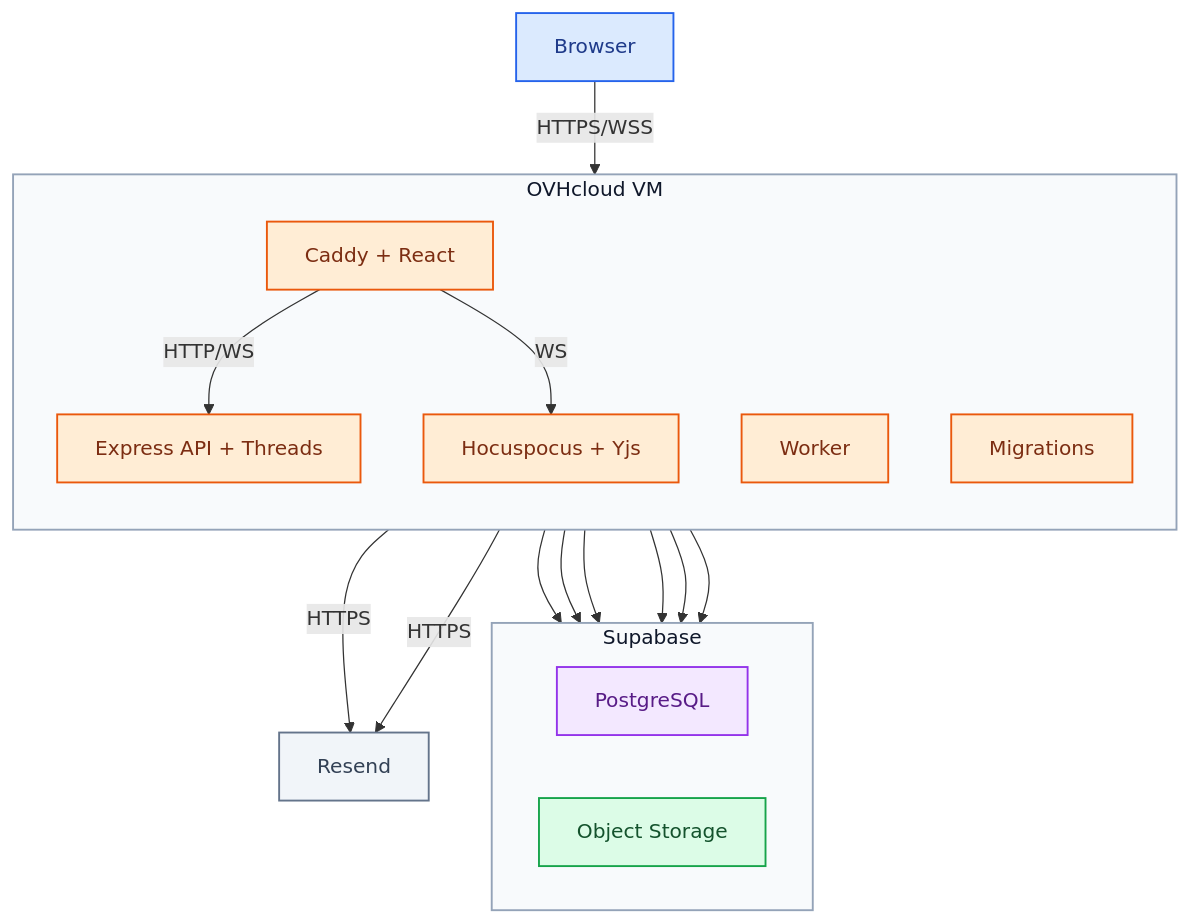
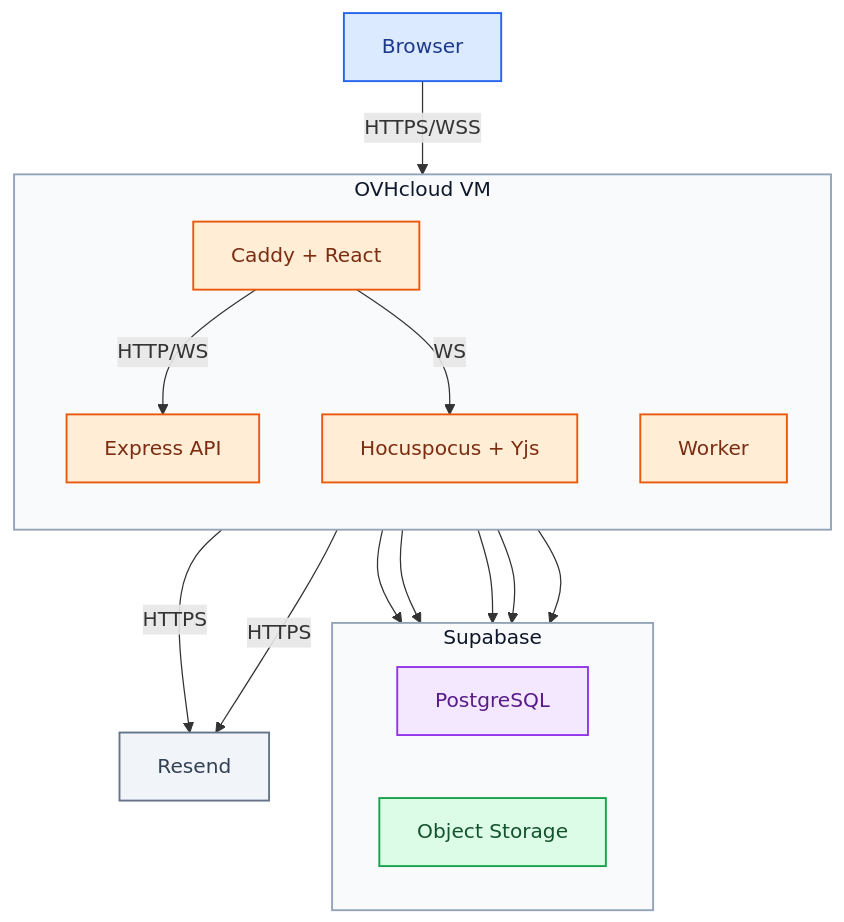
Before and after one commit to drh-14/ChalkTalk: the diagram in diagrams/architecture/architecture.mmd, drawn with Mermaid. The commit also changed 2 other files, not shown here.

Commit message:
no-mistakes(review): Simplify deployment labels and regenerate accessible diagram

```diff
--- a/diagrams/architecture/architecture.mmd
+++ b/diagrams/architecture/architecture.mmd
@@ -1,44 +1,42 @@
 flowchart TB
     Browser["Browser"]
 
     subgraph VM["OVHcloud VM"]
         direction TB
         Web["Caddy + React"]
-        API["Express API + Threads"]
+        API["Express API"]
         Collaboration["Hocuspocus + Yjs"]
         Worker["Worker"]
-        Migrate["Migrations"]
         Web -->|"HTTP/WS"| API
         Web -->|"WS"| Collaboration
     end
 
     subgraph Supabase["Supabase"]
         direction LR
         DB["PostgreSQL"]
         Storage["Object Storage"]
     end
 
     Resend["Resend"]
 
     Browser -->|"HTTPS/WSS"| Web
     API --> DB
     API --> Storage
     API -->|"HTTPS"| Resend
     Collaboration --> DB
     Worker --> DB
     Worker --> Storage
     Worker -->|"HTTPS"| Resend
-    Migrate --> DB
 
     classDef client fill:#DBEAFE,stroke:#2563EB,color:#1E3A8A,stroke-width:1.5px
     classDef compute fill:#FFEDD5,stroke:#EA580C,color:#7C2D12,stroke-width:1.5px
     classDef database fill:#F3E8FF,stroke:#9333EA,color:#581C87,stroke-width:1.5px
     classDef storage fill:#DCFCE7,stroke:#16A34A,color:#14532D,stroke-width:1.5px
     classDef external fill:#F1F5F9,stroke:#64748B,color:#334155,stroke-width:1.5px
     class Browser client
-    class Web,API,Collaboration,Worker,Migrate compute
+    class Web,API,Collaboration,Worker compute
     class DB database
     class Storage storage
     class Resend external
     style VM fill:#F8FAFC,stroke:#94A3B8,color:#0F172A,stroke-width:1.5px
     style Supabase fill:#F8FAFC,stroke:#94A3B8,color:#0F172A,stroke-width:1.5px
```
